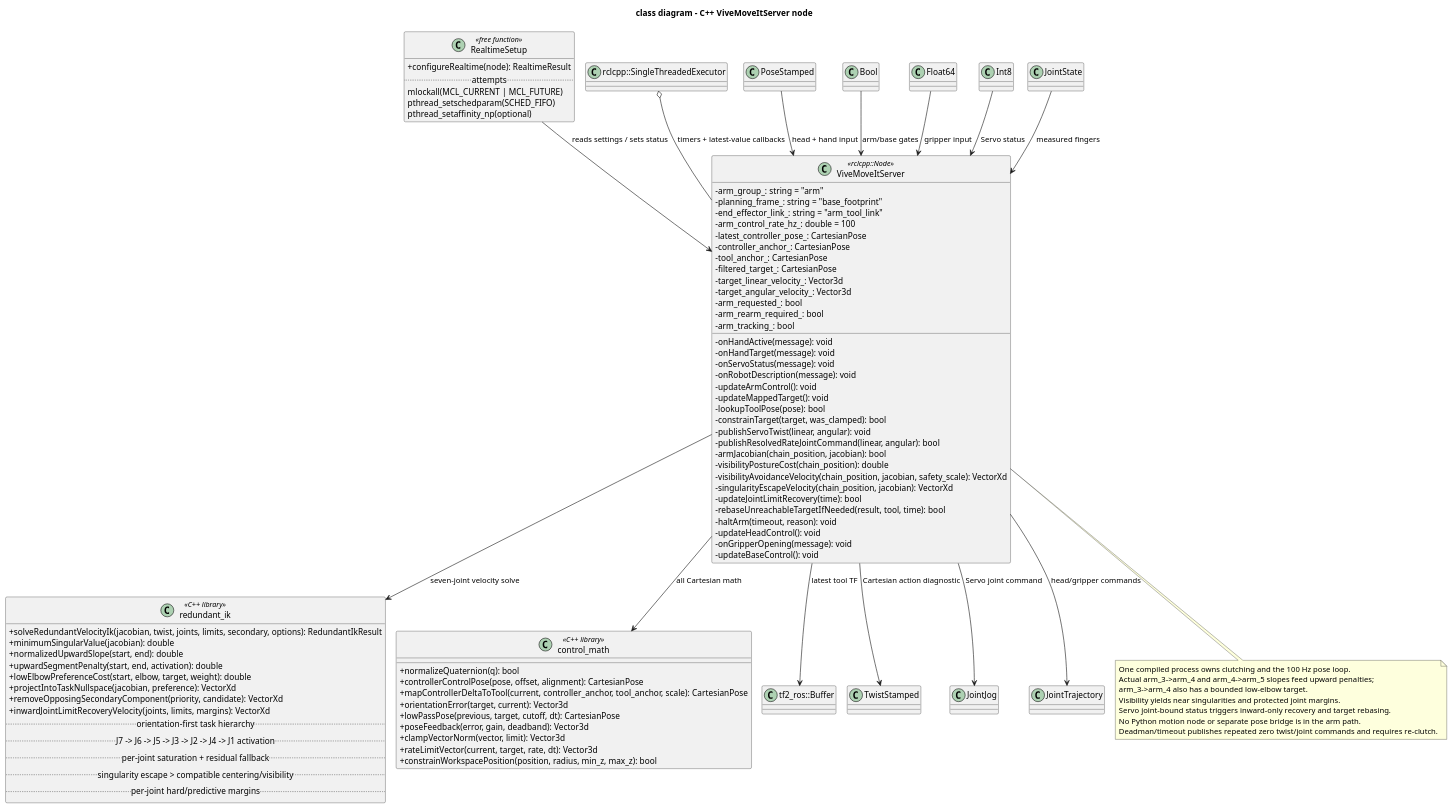
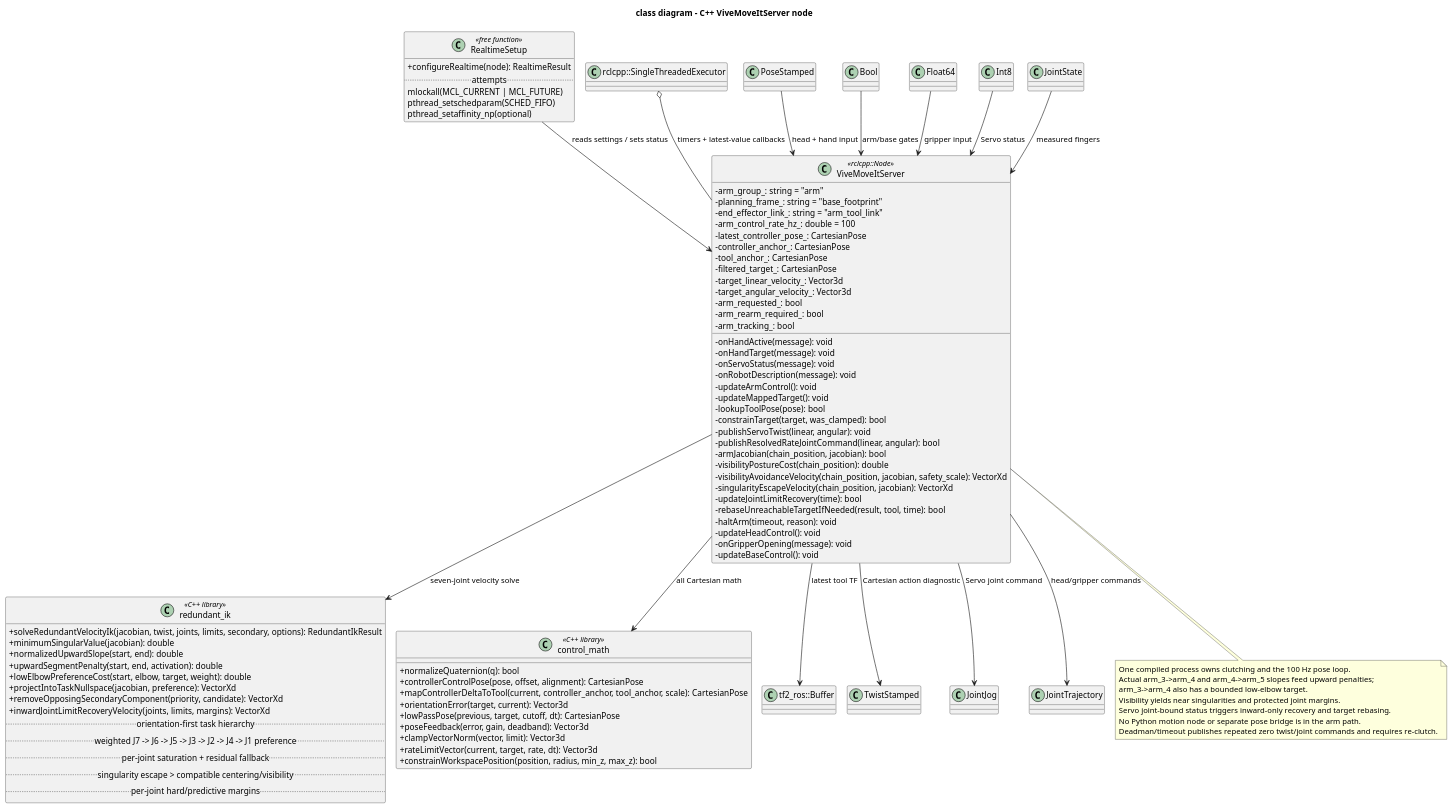
The diagram in docs/architecture/class/moveit_server/vive-moveit-server-node.puml (ichores-research/vive_teleop), drawn with PlantUML before and after one commit. The commit also changed 23 other files, not shown here.

```diff
--- a/docs/architecture/class/moveit_server/vive-moveit-server-node.puml
+++ b/docs/architecture/class/moveit_server/vive-moveit-server-node.puml
@@ -1,116 +1,116 @@
 @startuml
 !pragma layout smetana
 title class diagram - C++ ViveMoveItServer node
 
 skinparam classAttributeIconSize 0
 skinparam shadowing false
 skinparam defaultFontName Monospace
 
 class ViveMoveItServer <<rclcpp::Node>> {
   -arm_group_: string = "arm"
   -planning_frame_: string = "base_footprint"
   -end_effector_link_: string = "arm_tool_link"
   -arm_control_rate_hz_: double = 100
   -latest_controller_pose_: CartesianPose
   -controller_anchor_: CartesianPose
   -tool_anchor_: CartesianPose
   -filtered_target_: CartesianPose
   -target_linear_velocity_: Vector3d
   -target_angular_velocity_: Vector3d
   -arm_requested_: bool
   -arm_rearm_required_: bool
   -arm_tracking_: bool
   -onHandActive(message): void
   -onHandTarget(message): void
   -onServoStatus(message): void
   -onRobotDescription(message): void
   -updateArmControl(): void
   -updateMappedTarget(): void
   -lookupToolPose(pose): bool
   -constrainTarget(target, was_clamped): bool
   -publishServoTwist(linear, angular): void
   -publishResolvedRateJointCommand(linear, angular): bool
   -armJacobian(chain_position, jacobian): bool
   -visibilityPostureCost(chain_position): double
   -visibilityAvoidanceVelocity(chain_position, jacobian, safety_scale): VectorXd
   -singularityEscapeVelocity(chain_position, jacobian): VectorXd
   -updateJointLimitRecovery(time): bool
   -rebaseUnreachableTargetIfNeeded(result, tool, time): bool
   -haltArm(timeout, reason): void
   -updateHeadControl(): void
   -onGripperOpening(message): void
   -updateBaseControl(): void
 }
 
 class "redundant_ik" as RedundantIK <<C++ library>> {
   +solveRedundantVelocityIk(jacobian, twist, joints, limits, secondary, options): RedundantIkResult
   +minimumSingularValue(jacobian): double
   +normalizedUpwardSlope(start, end): double
   +upwardSegmentPenalty(start, end, activation): double
   +lowElbowPreferenceCost(start, elbow, target, weight): double
   +projectIntoTaskNullspace(jacobian, preference): VectorXd
   +removeOpposingSecondaryComponent(priority, candidate): VectorXd
   +inwardJointLimitRecoveryVelocity(joints, limits, margins): VectorXd
   .. orientation-first task hierarchy ..
-  .. J7 -> J6 -> J5 -> J3 -> J2 -> J4 -> J1 activation ..
+  .. weighted J7 -> J6 -> J5 -> J3 -> J2 -> J4 -> J1 preference ..
   .. per-joint saturation + residual fallback ..
   .. singularity escape > compatible centering/visibility ..
   .. per-joint hard/predictive margins ..
 }
 
 class "control_math" as ControlMath <<C++ library>> {
   +normalizeQuaternion(q): bool
   +controllerControlPose(pose, offset, alignment): CartesianPose
   +mapControllerDeltaToTool(current, controller_anchor, tool_anchor, scale): CartesianPose
   +orientationError(target, current): Vector3d
   +lowPassPose(previous, target, cutoff, dt): CartesianPose
   +poseFeedback(error, gain, deadband): Vector3d
   +clampVectorNorm(vector, limit): Vector3d
   +rateLimitVector(current, target, rate, dt): Vector3d
   +constrainWorkspacePosition(position, radius, min_z, max_z): bool
 }
 
 class RealtimeSetup <<free function>> {
   +configureRealtime(node): RealtimeResult
   .. attempts ..
   mlockall(MCL_CURRENT | MCL_FUTURE)
   pthread_setschedparam(SCHED_FIFO)
   pthread_setaffinity_np(optional)
 }
 
 class "tf2_ros::Buffer" as Buffer
 class "rclcpp::SingleThreadedExecutor" as Executor
 class PoseStamped
 class TwistStamped
 class JointJog
 class JointTrajectory
 class Bool
 class Float64
 class Int8
 class JointState
 
 ViveMoveItServer --> ControlMath : all Cartesian math
 ViveMoveItServer --> RedundantIK : seven-joint velocity solve
 ViveMoveItServer --> Buffer : latest tool TF
 RealtimeSetup --> ViveMoveItServer : reads settings / sets status
 Executor o-- ViveMoveItServer : timers + latest-value callbacks
 PoseStamped --> ViveMoveItServer : head + hand input
 Bool --> ViveMoveItServer : arm/base gates
 Float64 --> ViveMoveItServer : gripper input
 Int8 --> ViveMoveItServer : Servo status
 JointState --> ViveMoveItServer : measured fingers
 ViveMoveItServer --> TwistStamped : Cartesian action diagnostic
 ViveMoveItServer --> JointJog : Servo joint command
 ViveMoveItServer --> JointTrajectory : head/gripper commands
 
 note bottom of ViveMoveItServer
   One compiled process owns clutching and the 100 Hz pose loop.
   Actual arm_3->arm_4 and arm_4->arm_5 slopes feed upward penalties;
   arm_3->arm_4 also has a bounded low-elbow target.
   Visibility yields near singularities and protected joint margins.
   Servo joint-bound status triggers inward-only recovery and target rebasing.
   No Python motion node or separate pose bridge is in the arm path.
   Deadman/timeout publishes repeated zero twist/joint commands and requires re-clutch.
 end note
 
 @enduml
```
